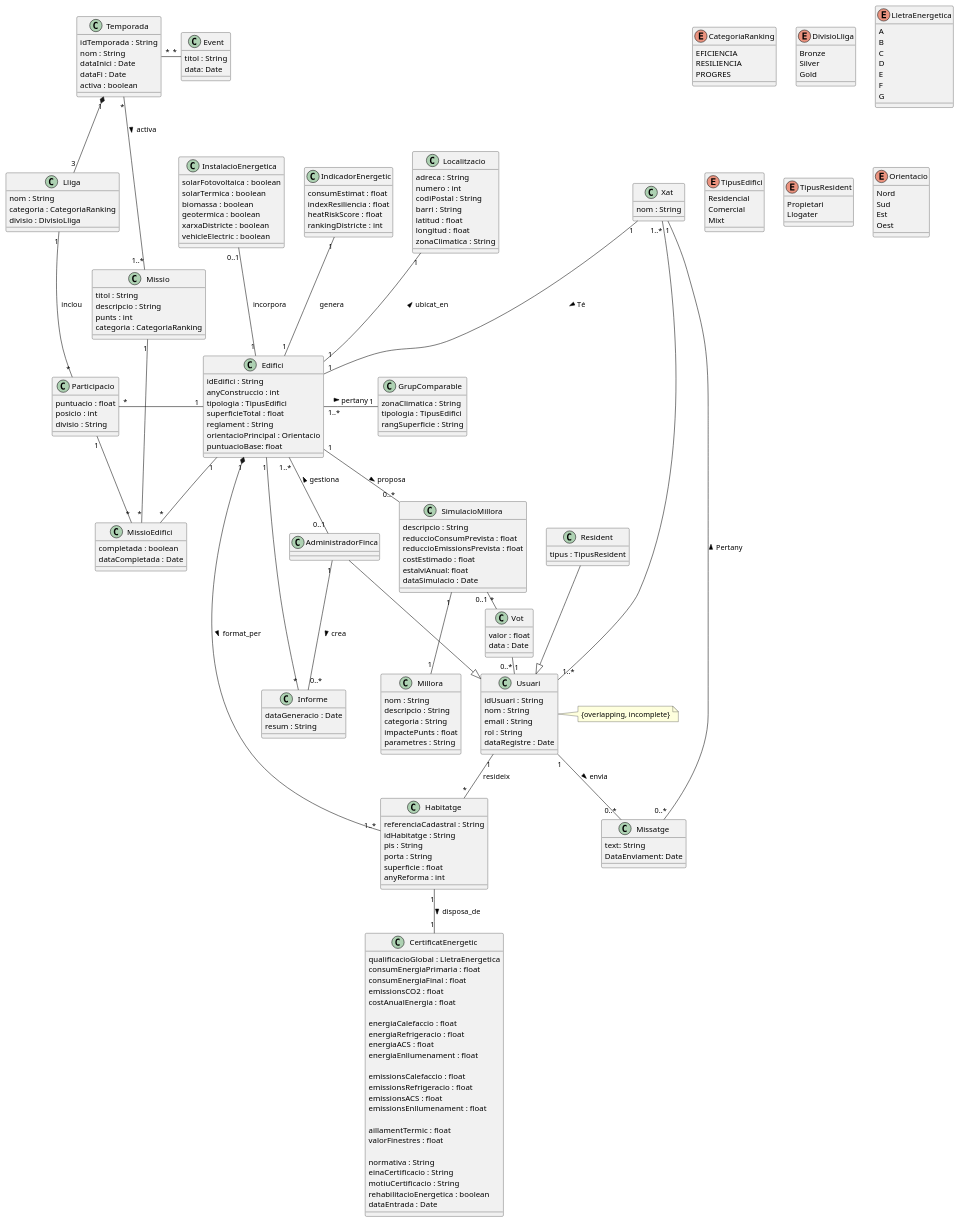
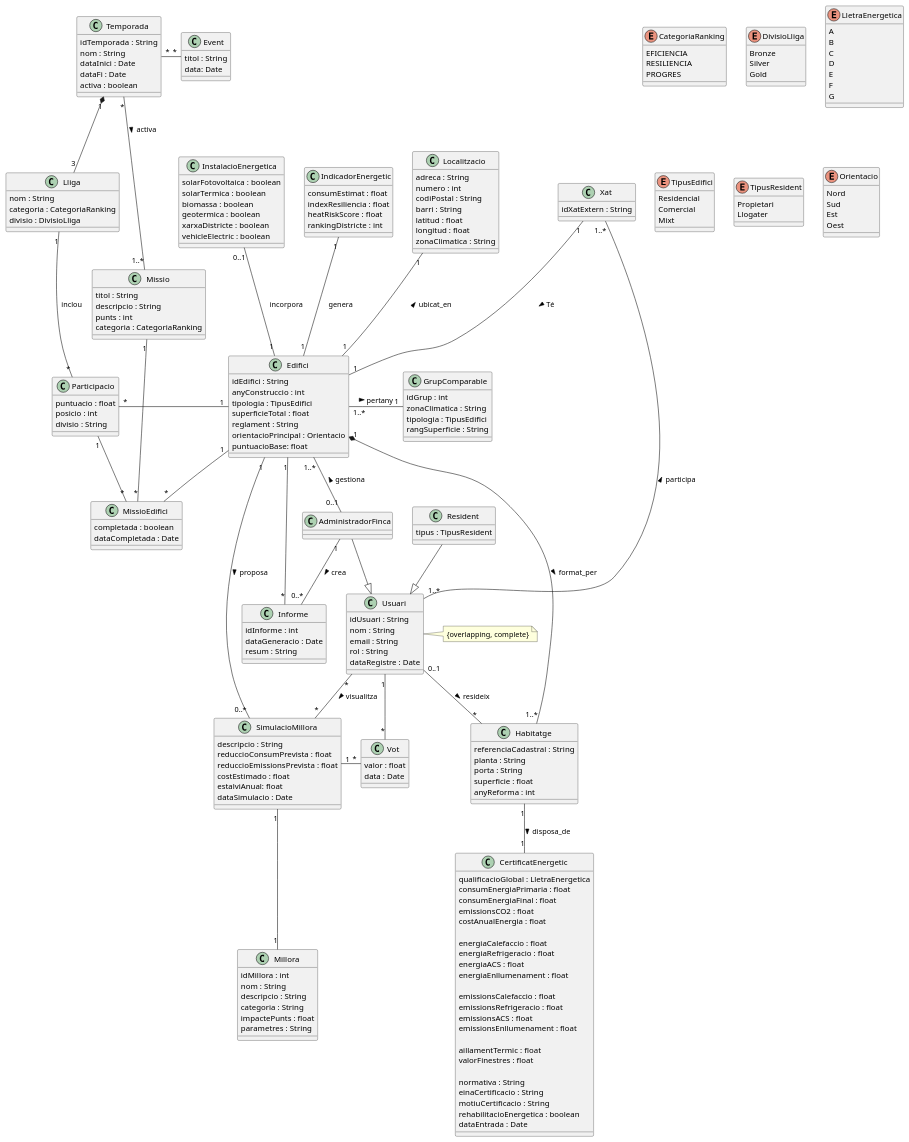
The diagram in src/diagram.puml (ScoreLab-Team/Backend-BuildRank), drawn with PlantUML before and after one commit. The commit also changed 2 other files, not shown here.

Commit message:
Update UML diagrams: modify class attributes and relationships, enhance clarity

```diff
--- a/src/diagram.puml
+++ b/src/diagram.puml
@@ -12,8 +12,7 @@
 
 class Habitatge {
   referenciaCadastral : String
-  idHabitatge : String
-  pis : String
+  planta : String
   porta : String
   superficie : float
   anyReforma : int
@@ -109,6 +108,7 @@
 }
 
 class GrupComparable {
+  idGrup : int
   zonaClimatica : String
   tipologia : TipusEdifici
   rangSuperficie : String
@@ -134,6 +134,7 @@
 }
 
 class Millora {
+  idMillora : int
   nom : String
   descripcio : String
   categoria : String
@@ -146,19 +147,14 @@
 }
 
 class Informe {
+  idInforme : int
   dataGeneracio : Date
   resum : String
 }
 
 class Xat {
-  nom : String
+  idXatExtern : String
 }
-
-class Missatge {
-  text: String
-  DataEnviament: Date
-}
-
 
 enum CategoriaRanking {
   EFICIENCIA
@@ -208,7 +204,7 @@
 Edifici "1" -- "*" Informe
 
 ' Per un habitatge només hi haurà un compte d'usuari
-Usuari "1" -- "*" Habitatge : resideix
+Usuari "0..1" -- "*" Habitatge : resideix >
 Edifici "1..*" -- "0..1" AdministradorFinca : gestiona <
 Edifici "1" -up- "0..1" InstalacioEnergetica : incorpora
 AdministradorFinca --|> Usuari
@@ -231,16 +227,16 @@
 Edifici "1" -- "0..*" SimulacioMillora : proposa >
 SimulacioMillora "1" -- "1" Millora
 
-Usuari "1" -left- "0..*" Vot
-SimulacioMillora "0..1" -right- "*" Vot
+Usuari "1" -down- "*" Vot
+SimulacioMillora "1" -right- "*" Vot
+
+Usuari "*" -- "*" SimulacioMillora : visualitza >
 
 Xat "1" -- "1" Edifici : Té >
-Xat "1..*" -- "1..*" Usuari
-Xat "1" -- "0..*" Missatge : Pertany <
-Usuari "1" -- "0..*" Missatge : envia >
+Xat "1..*" -- "1..*" Usuari : participa <
 
 note right of Usuari
-{overlapping, incomplete}
+{overlapping, complete}
 end note
 
 @enduml
```
